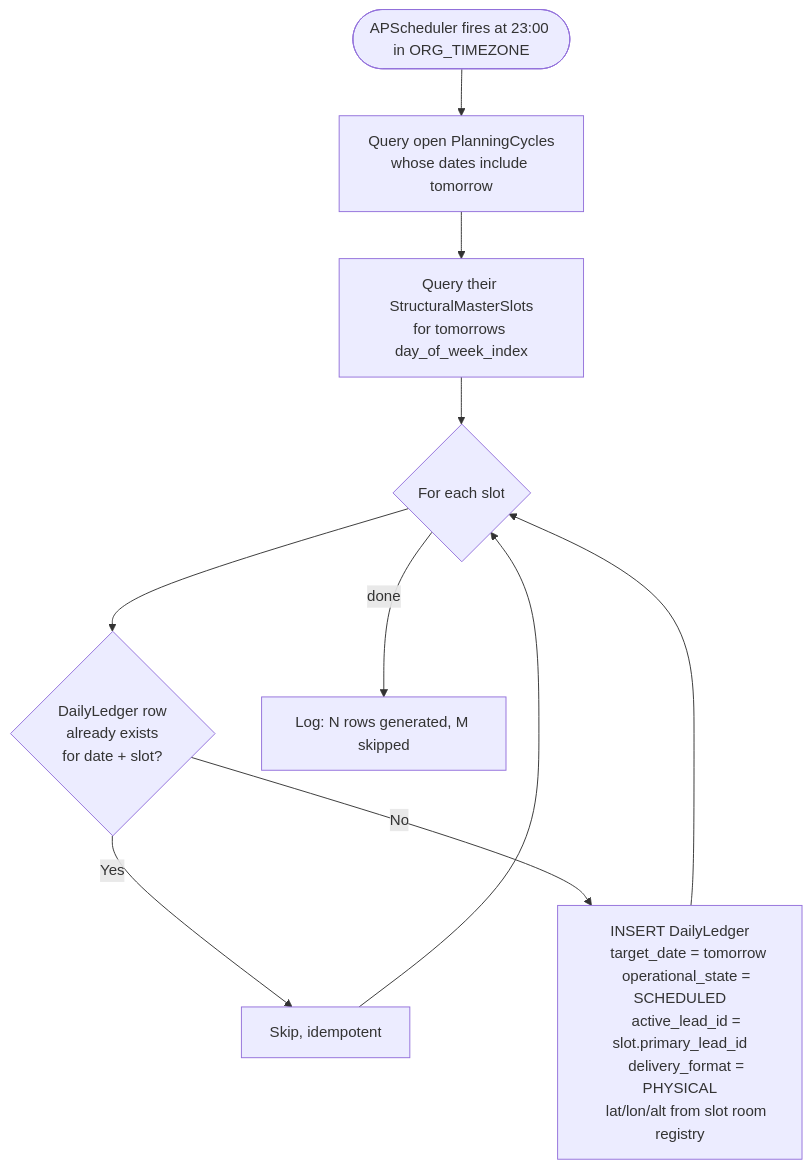
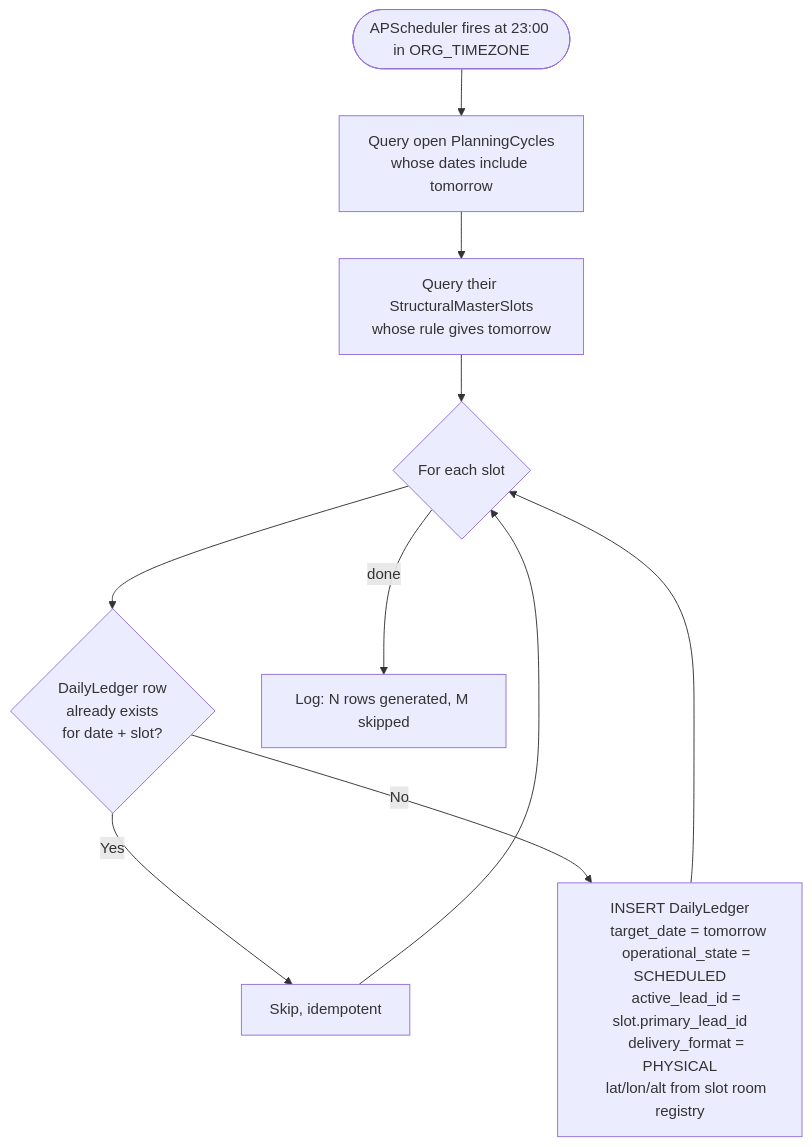
One commit to Life-Experimentalist/Chronos-Ledger changed the fourth of 4 diagrams in docs/flows.md. Above: the diagram before and after it, drawn with Mermaid. The commit also changed other lines of this file and 56 other files, not shown here.

````diff
--- a/docs/flows.md
+++ b/docs/flows.md
@@ -151,23 +151,23 @@
 ```mermaid
 flowchart TD
     T([APScheduler fires at 23:00 in ORG_TIMEZONE]) --> Q1
 
     Q1[Query open PlanningCycles<br/>whose dates include tomorrow] --> Q2
-    Q2[Query their StructuralMasterSlots<br/>for tomorrows day_of_week_index] --> LOOP
+    Q2[Query their StructuralMasterSlots<br/>whose rule gives tomorrow] --> LOOP
 
     LOOP{For each slot} --> CHK
 
     CHK{DailyLedger row<br/>already exists<br/>for date + slot?}
     CHK -->|Yes| SKIP[Skip, idempotent]
     CHK -->|No| INS
 
     INS[INSERT DailyLedger
     target_date = tomorrow
     operational_state = SCHEDULED
     active_lead_id = slot.primary_lead_id
     delivery_format = PHYSICAL
     lat/lon/alt from slot room registry] --> LOOP
 
     SKIP --> LOOP
     LOOP -->|done| LOG[Log: N rows generated, M skipped]
 ```
````
